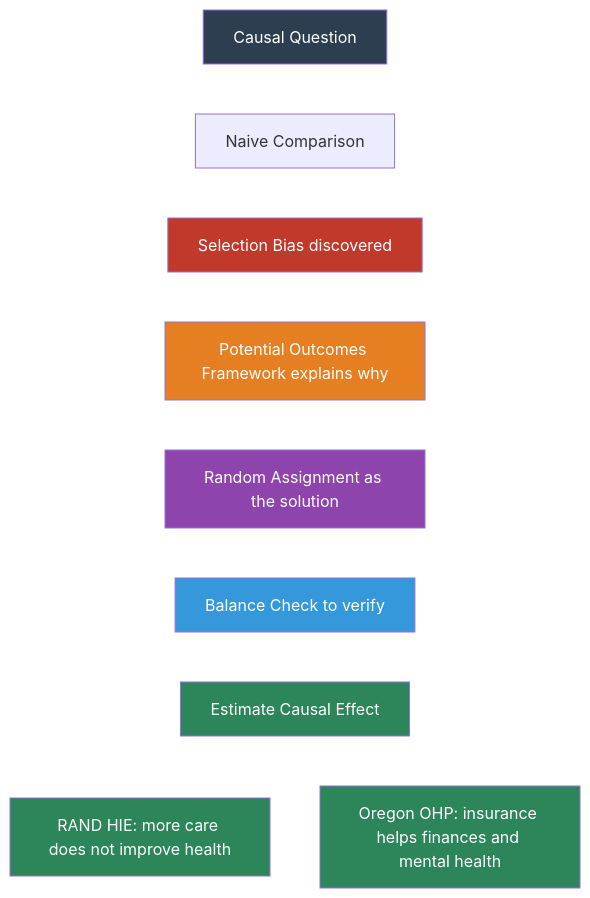
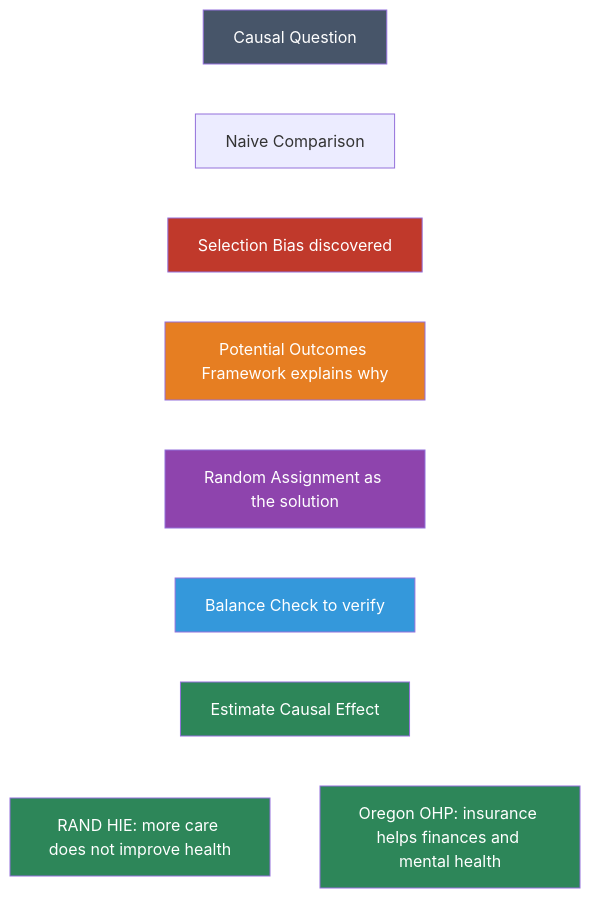
Before and after one commit to cmg777/intro2causal: the sixth of 6 diagrams in notebooks_md/01-randomized-trials.md, drawn with Mermaid. The commit also changed other lines of this file and 17 other files, not shown here.

````diff
--- a/notebooks_md/01-randomized-trials.md
+++ b/notebooks_md/01-randomized-trials.md
@@ -737,22 +828,22 @@
 ```mermaid
 
 graph TD
     Q["Causal Question"] --> NC["Naive Comparison"]
     NC --> SB["Selection Bias discovered"]
     SB --> PO["Potential Outcomes Framework explains why"]
     PO --> RA["Random Assignment as the solution"]
     RA --> BC["Balance Check to verify"]
     BC --> TE["Estimate Causal Effect"]
     TE --> R["RAND HIE: more care does not improve health"]
     TE --> O["Oregon OHP: insurance helps finances and mental health"]
 
-    style Q fill:#2c3e50,color:#fff
+    style Q fill:#475569,color:#fff
     style SB fill:#c0392b,color:#fff
     style PO fill:#e67e22,color:#fff
     style RA fill:#8e44ad,color:#fff
     style BC fill:#3498db,color:#fff
     style TE fill:#2d8659,color:#fff
     style R fill:#2d8659,color:#fff
     style O fill:#2d8659,color:#fff
     linkStyle default stroke:#fff,stroke-width:2px
 ```
````
